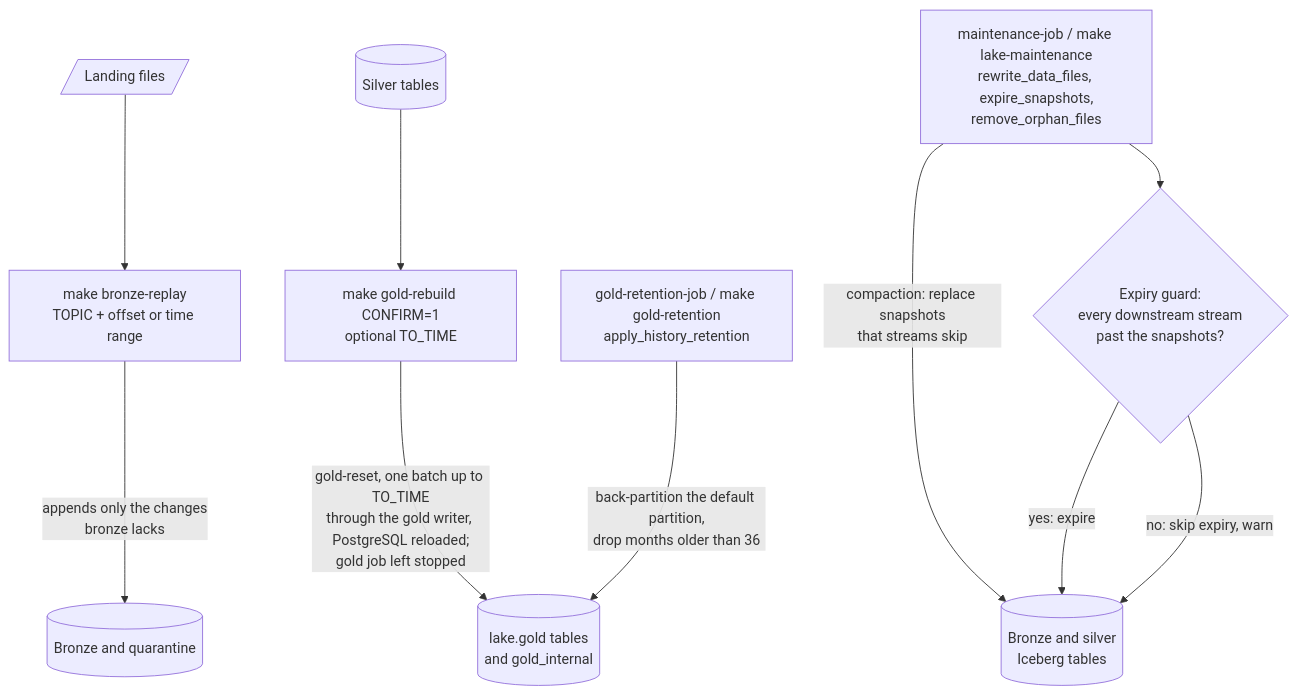
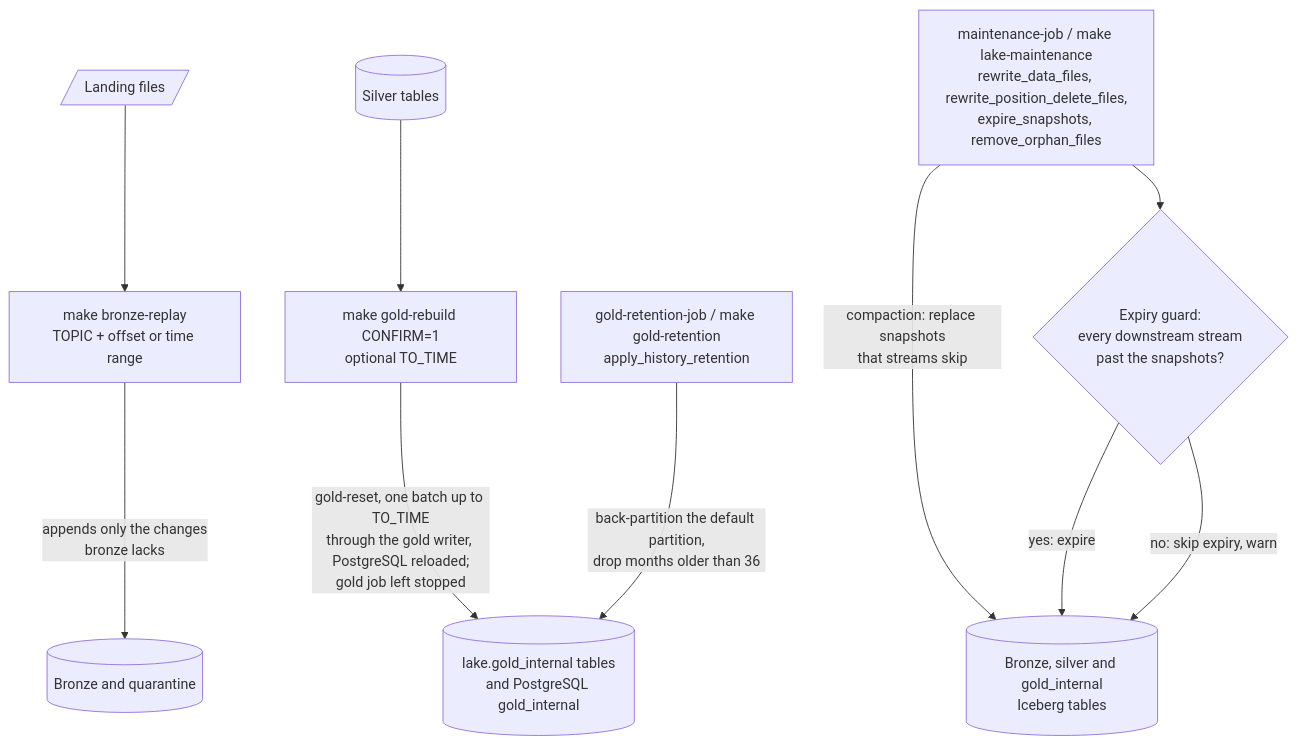
The fourth of 4 diagrams in docs/architecture/overview.md (jonathan5p/deel-home-task), drawn with Mermaid before and after one commit. The commit also changed other lines of this file and 2 other files, not shown here.

Commit message:
docs(architecture): show the four gold streams and the shared views, and size gold's read-time questions

````diff
--- a/docs/architecture/overview.md
+++ b/docs/architecture/overview.md
@@ -243,25 +260,25 @@
 ```mermaid
 flowchart TB
     landing[/"Landing files"/]
     bronze[("Bronze and quarantine")]
     silver[("Silver tables")]
-    lake[("Bronze and silver<br/>Iceberg tables")]
-    gold[("lake.gold tables<br/>and gold_internal")]
+    lake[("Bronze, silver and gold_internal<br/>Iceberg tables")]
+    gold[("lake.gold_internal tables<br/>and PostgreSQL gold_internal")]
 
     replay["make bronze-replay<br/>TOPIC + offset or time range"]
-    maint["maintenance-job / make lake-maintenance<br/>rewrite_data_files, expire_snapshots,<br/>remove_orphan_files"]
+    maint["maintenance-job / make lake-maintenance<br/>rewrite_data_files, rewrite_position_delete_files,<br/>expire_snapshots, remove_orphan_files"]
     guard{"Expiry guard:<br/>every downstream stream<br/>past the snapshots?"}
     rebuild["make gold-rebuild CONFIRM=1<br/>optional TO_TIME"]
     retention["gold-retention-job / make gold-retention<br/>apply_history_retention"]
 
     landing --> replay
     replay -- "appends only the changes<br/>bronze lacks" --> bronze
     maint -- "compaction: replace snapshots<br/>that streams skip" --> lake
     maint --> guard
     guard -- "yes: expire" --> lake
     guard -- "no: skip expiry, warn" --> lake
     silver --> rebuild
     rebuild -- "gold-reset, one batch up to TO_TIME<br/>through the gold writer, PostgreSQL reloaded;<br/>gold job left stopped" --> gold
     retention -- "back-partition the default partition,<br/>drop months older than 36" --> gold
 
 ```
````
